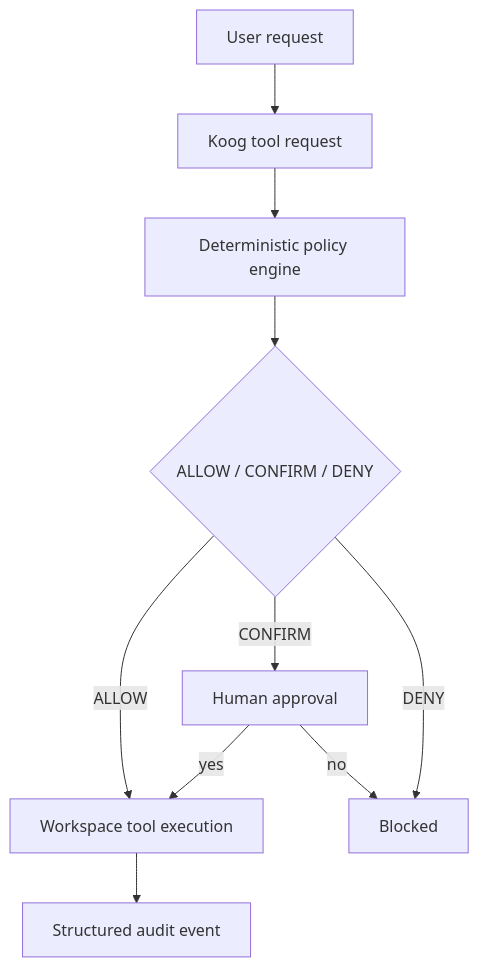
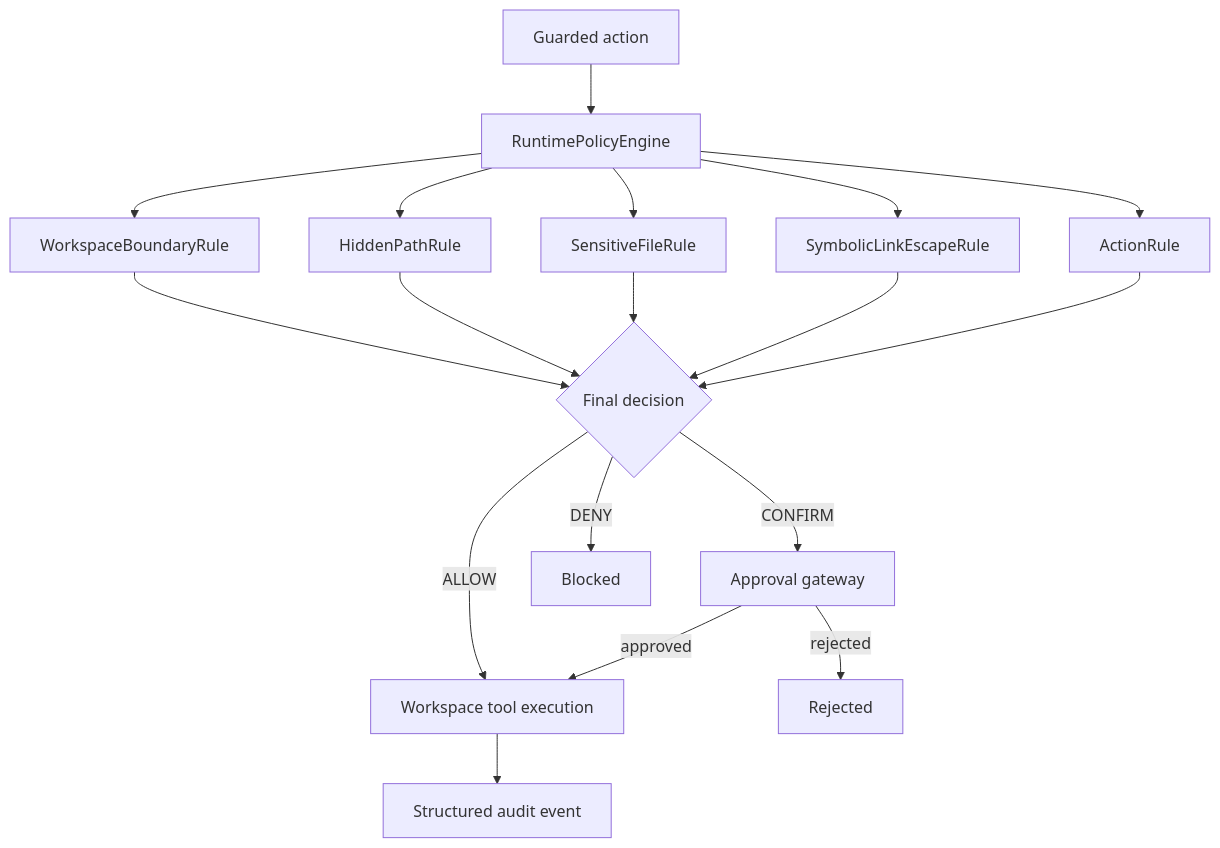
One commit to karanverma/koog-community-blueprints changed the diagram in examples/03-guarded-tool-agent/README.md. Above: the diagram before and after it, drawn with Mermaid. The commit also changed other lines of this file and 9 other files, not shown here.

Commit message:
feat: add composable runtime policy engine

````diff
--- a/examples/03-guarded-tool-agent/README.md
+++ b/examples/03-guarded-tool-agent/README.md
@@ -13,12 +13,20 @@
 ```mermaid
 flowchart TD
-    A[User request] --> B[Koog tool request]
-    B --> C[Deterministic policy engine]
-    C --> D{ALLOW / CONFIRM / DENY}
-    D -->|ALLOW| E[Workspace tool execution]
-    D -->|CONFIRM| F[Human approval]
-    F -->|yes| E
-    F -->|no| G[Blocked]
-    D -->|DENY| G
-    E --> H[Structured audit event]
+    A[Guarded action] --> B[RuntimePolicyEngine]
+    B --> C[WorkspaceBoundaryRule]
+    B --> D[HiddenPathRule]
+    B --> E[SensitiveFileRule]
+    B --> F[SymbolicLinkEscapeRule]
+    B --> G[ActionRule]
+    C --> H{Final decision}
+    D --> H
+    E --> H
+    F --> H
+    G --> H
+    H -->|ALLOW| I[Workspace tool execution]
+    H -->|CONFIRM| J[Approval gateway]
+    H -->|DENY| K[Blocked]
+    J -->|approved| I
+    J -->|rejected| L[Rejected]
+    I --> M[Structured audit event]
 ```
````
